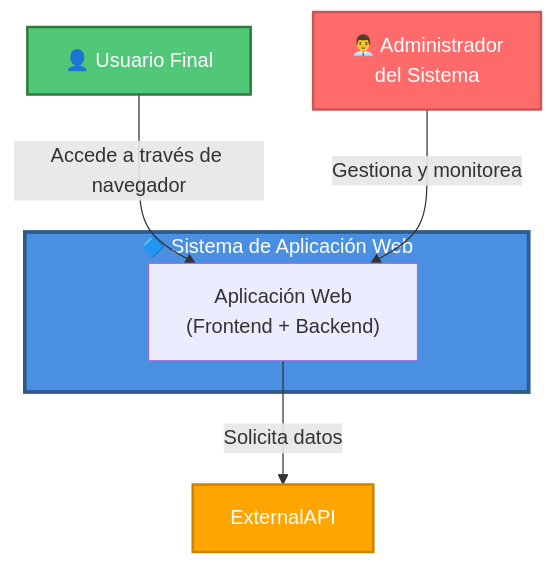
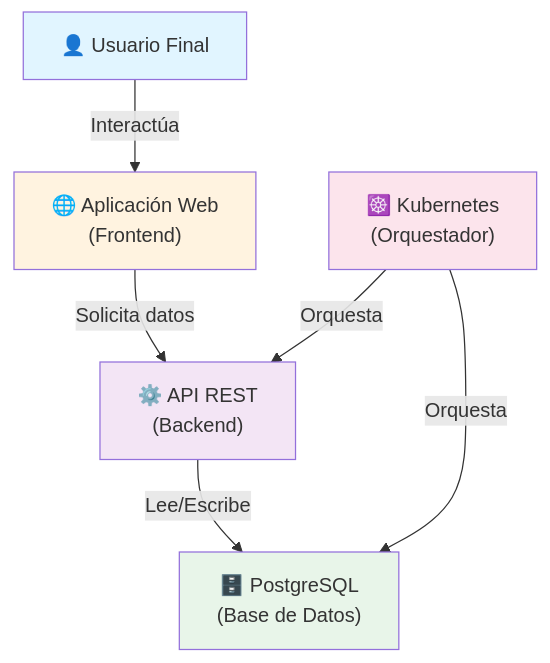
One commit to ch1fl1n/Patrones-Arqui changed the first of 3 diagrams in README.md. Above: the diagram before and after it, drawn with Mermaid. The commit also changed other lines of this file and 10 other files, not shown here.

````diff
--- a/README.md
+++ b/README.md
@@ -18,19 +18,20 @@
 ```mermaid
 graph
     User["👤 Usuario Final"]
+    Frontend["🌐 Aplicación Web<br/>(Frontend)"]
+    Backend["⚙️ API REST<br/>(Backend)"]
+    Database["🗄️ PostgreSQL<br/>(Base de Datos)"]
+    K8s["☸️ Kubernetes<br/>(Orquestador)"]
     
-    subgraph System["🔷 Sistema de Aplicación Web"]
-        WebApp["Aplicación Web<br/>(Frontend + Backend)"]
-    end
+    User -->|Interactúa| Frontend
+    Frontend -->|Solicita datos| Backend
+    Backend -->|Lee/Escribe| Database
+    K8s -->|Orquesta| Backend
+    K8s -->|Orquesta| Database
     
-    Admin["👨‍💼 Administrador<br/>del Sistema"]
-    
-    User -->|Accede a través de navegador| WebApp
-    WebApp -->|Solicita datos| ExternalAPI
-    Admin -->|Gestiona y monitorea| WebApp
-    
-    style System fill:#4A90E2,stroke:#2E5C8A,stroke-width:3px,color:#fff
-    style User fill:#50C878,stroke:#2D7A3F,stroke-width:2px,color:#fff
-    style Admin fill:#FF6B6B,stroke:#CC5555,stroke-width:2px,color:#fff
-    style ExternalAPI fill:#FFA500,stroke:#CC8400,stroke-width:2px,color:#fff
+    style User fill:#e1f5ff
+    style Frontend fill:#fff3e0
+    style Backend fill:#f3e5f5
+    style Database fill:#e8f5e9
+    style K8s fill:#fce4ec
 ```
````
